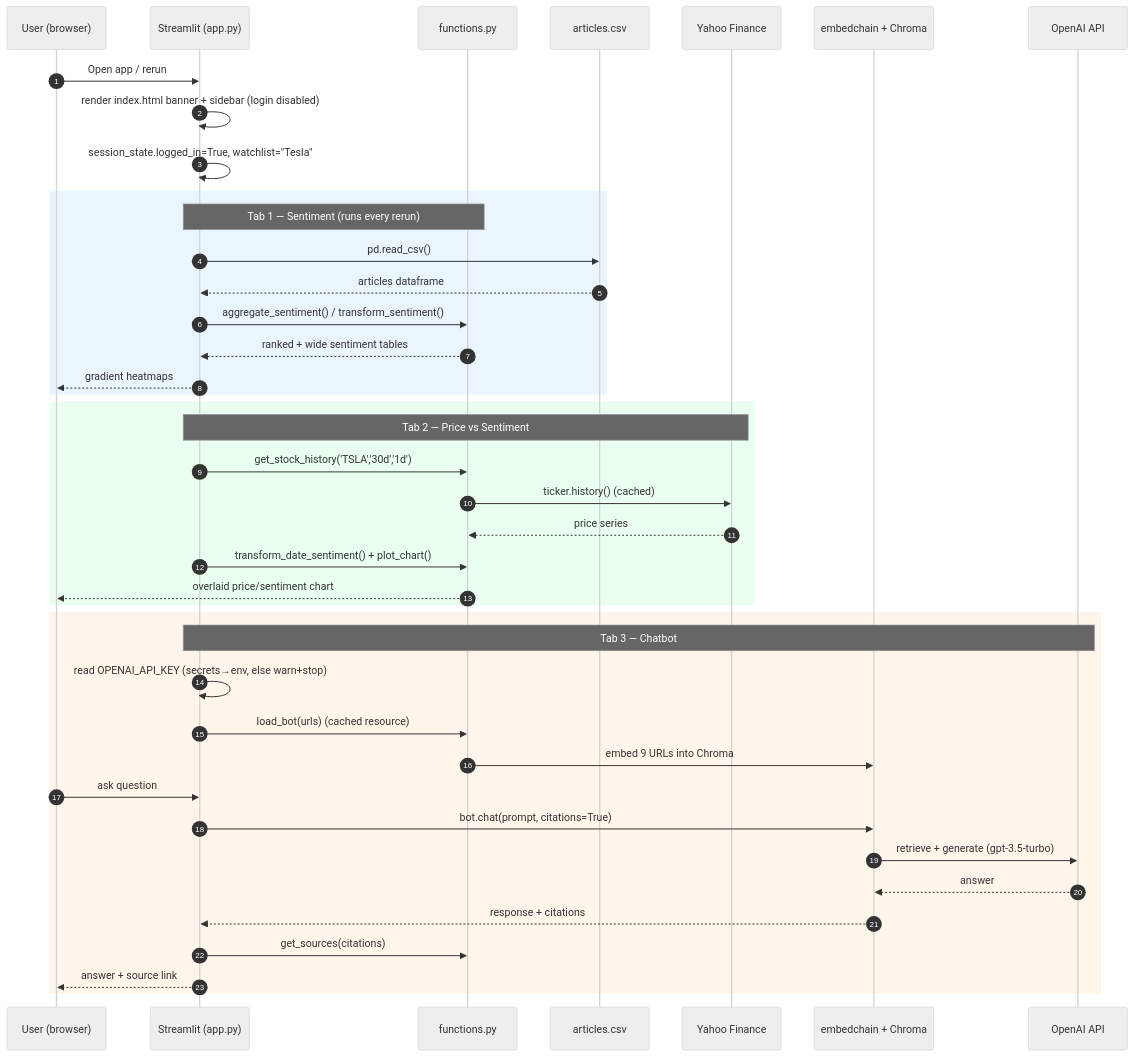
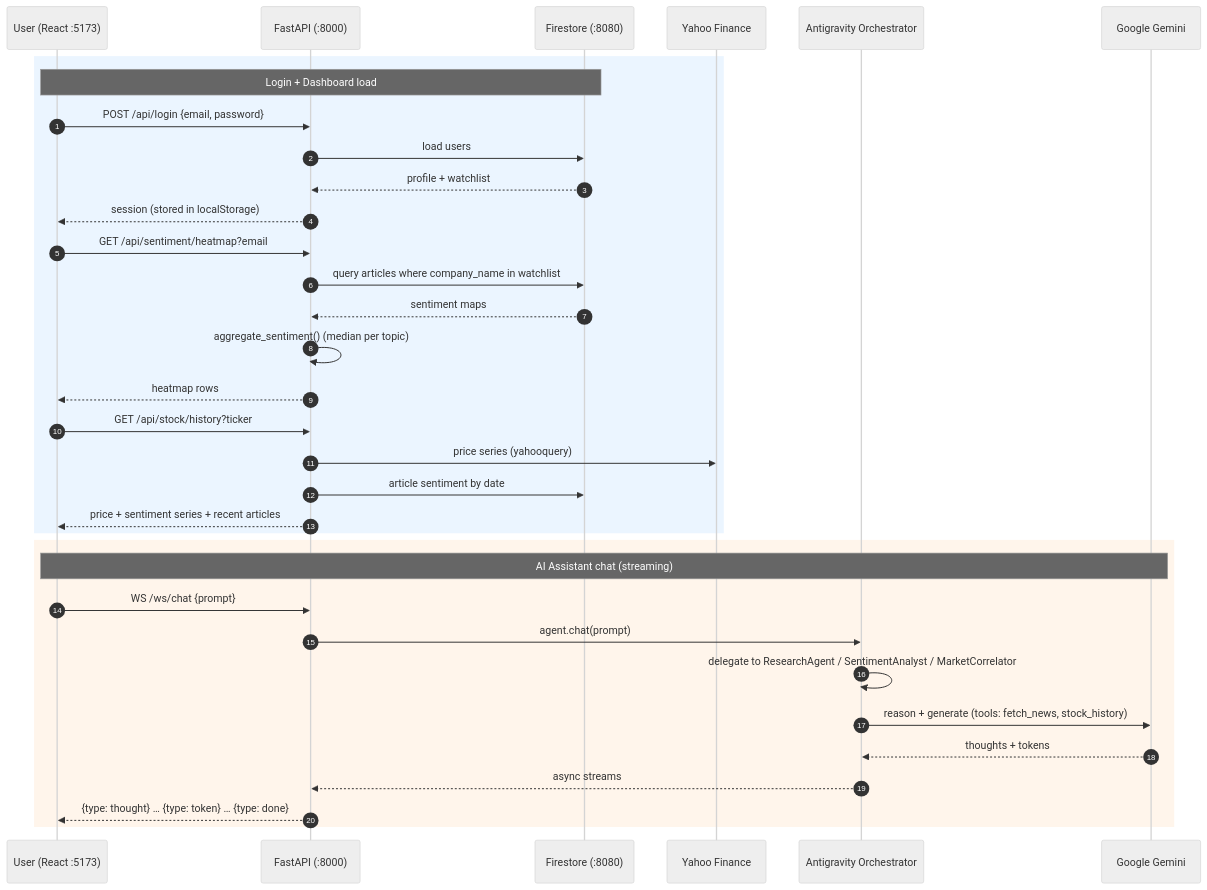
One commit to mathamatigician/MarketWave changed the diagram in docs/diagrams/03_information_flow.mmd. Above: the diagram before and after it, drawn with Mermaid (neutral theme). The commit also changed 16 other files, not shown here.

First line of the commit message:
docs: remove Streamlit references and rewrite architecture for React+FastAPI stack (#8)

```diff
--- a/docs/diagrams/03_information_flow.mmd
+++ b/docs/diagrams/03_information_flow.mmd
@@ -1,45 +1,36 @@
 sequenceDiagram
     autonumber
-    participant U as User (browser)
-    participant S as Streamlit (app.py)
-    participant F as functions.py
-    participant C as articles.csv
+    participant U as User (React :5173)
+    participant A as FastAPI (:8000)
+    participant D as Firestore (:8080)
     participant Y as Yahoo Finance
-    participant E as embedchain + Chroma
-    participant O as OpenAI API
-
-    U->>S: Open app / rerun
-    S->>S: render index.html banner + sidebar (login disabled)
-    S->>S: session_state.logged_in=True, watchlist="Tesla"
+    participant O as Antigravity Orchestrator
+    participant G as Google Gemini
 
     rect rgb(235,245,255)
-    note over S,F: Tab 1 — Sentiment (runs every rerun)
-    S->>C: pd.read_csv()
-    C-->>S: articles dataframe
-    S->>F: aggregate_sentiment() / transform_sentiment()
-    F-->>S: ranked + wide sentiment tables
-    S-->>U: gradient heatmaps
-    end
-
-    rect rgb(235,255,240)
-    note over S,Y: Tab 2 — Price vs Sentiment
-    S->>F: get_stock_history('TSLA','30d','1d')
-    F->>Y: ticker.history()  (cached)
-    Y-->>F: price series
-    S->>F: transform_date_sentiment() + plot_chart()
-    F-->>U: overlaid price/sentiment chart
+    note over U,D: Login + Dashboard load
+    U->>A: POST /api/login {email, password}
+    A->>D: load users
+    D-->>A: profile + watchlist
+    A-->>U: session (stored in localStorage)
+    U->>A: GET /api/sentiment/heatmap?email
+    A->>D: query articles where company_name in watchlist
+    D-->>A: sentiment maps
+    A->>A: aggregate_sentiment() (median per topic)
+    A-->>U: heatmap rows
+    U->>A: GET /api/stock/history?ticker
+    A->>Y: price series (yahooquery)
+    A->>D: article sentiment by date
+    A-->>U: price + sentiment series + recent articles
     end
 
     rect rgb(255,245,235)
-    note over S,O: Tab 3 — Chatbot
-    S->>S: read OPENAI_API_KEY (secrets→env, else warn+stop)
-    S->>F: load_bot(urls)  (cached resource)
-    F->>E: embed 9 URLs into Chroma
-    U->>S: ask question
-    S->>E: bot.chat(prompt, citations=True)
-    E->>O: retrieve + generate (gpt-3.5-turbo)
-    O-->>E: answer
-    E-->>S: response + citations
-    S->>F: get_sources(citations)
-    S-->>U: answer + source link
+    note over U,G: AI Assistant chat (streaming)
+    U->>A: WS /ws/chat {prompt}
+    A->>O: agent.chat(prompt)
+    O->>O: delegate to ResearchAgent / SentimentAnalyst / MarketCorrelator
+    O->>G: reason + generate (tools: fetch_news, stock_history)
+    G-->>O: thoughts + tokens
+    O-->>A: async streams
+    A-->>U: {type: thought} … {type: token} … {type: done}
     end
```
